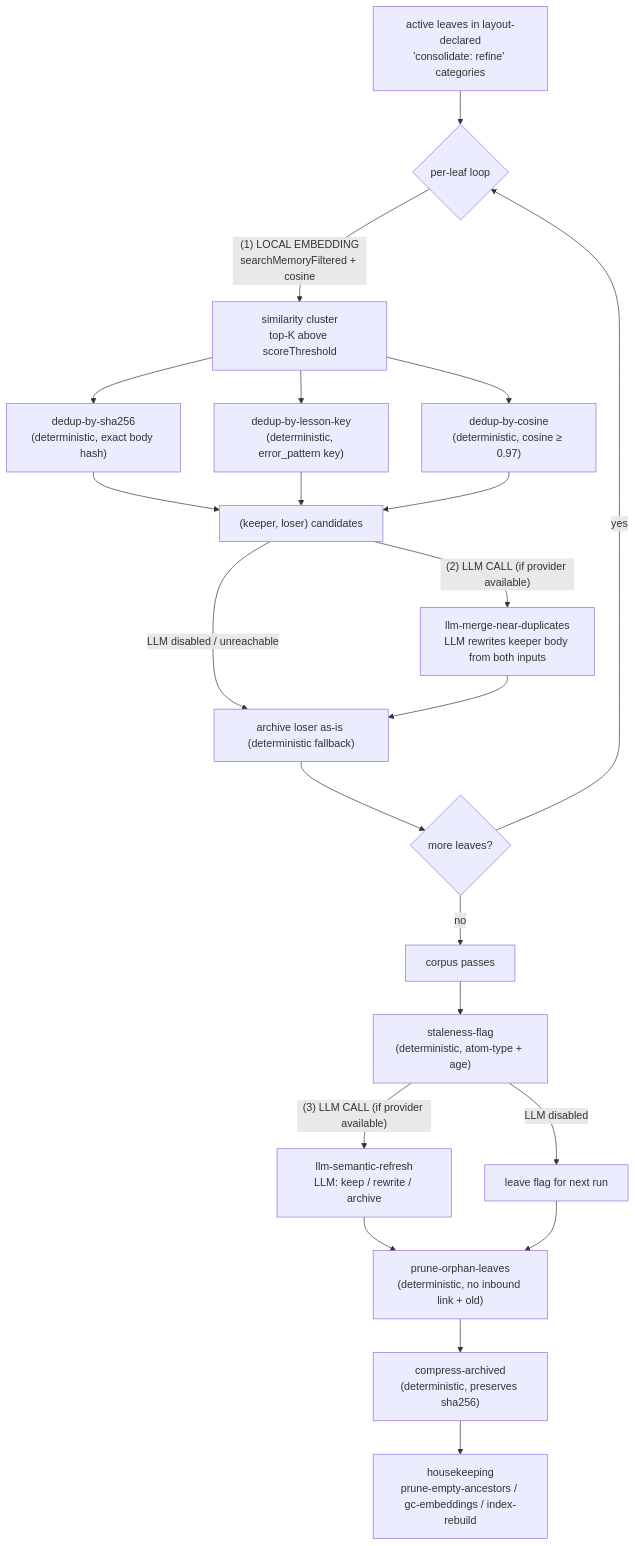
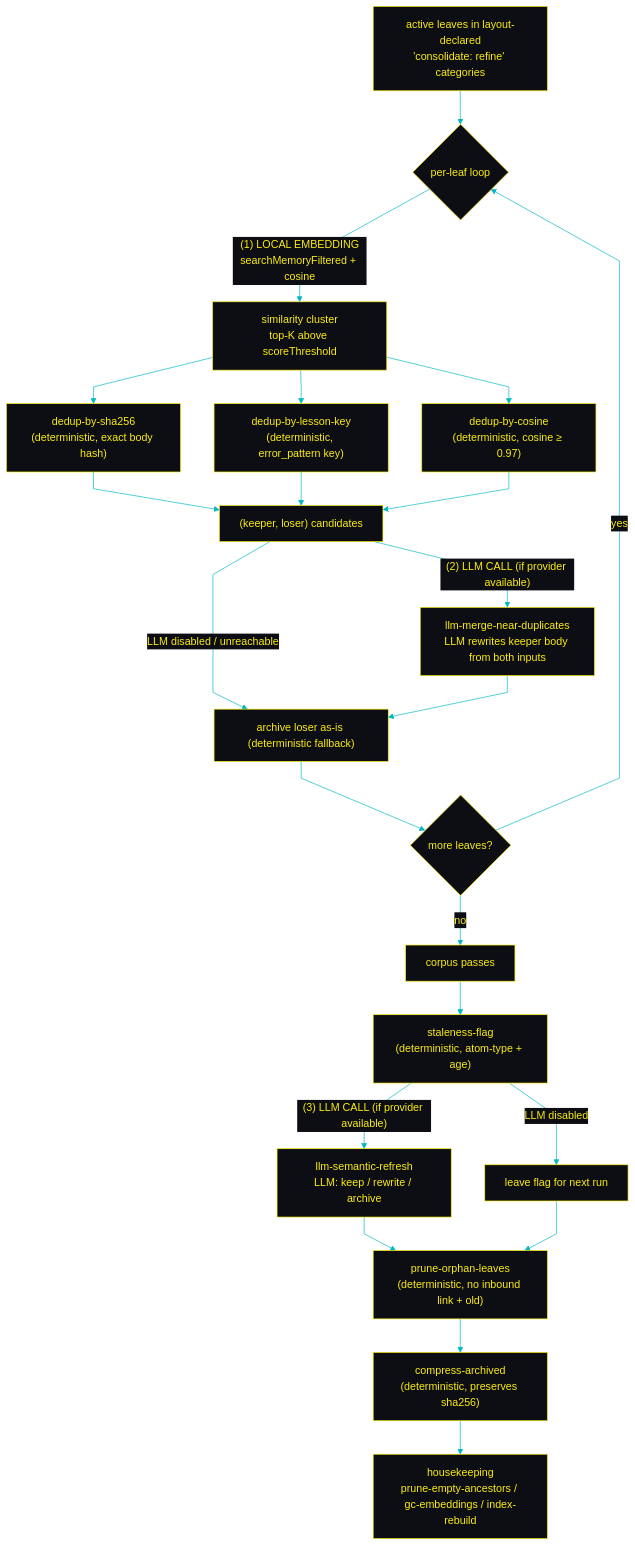
The third of 4 diagrams in README.md (ctxr-dev/llm-wiki-memory), drawn with Mermaid before and after one commit. The commit also changed other lines of this file and 99 other files, not shown here.

````diff
--- a/README.md
+++ b/README.md
@@ -138,31 +226,32 @@
 ```mermaid
+%%{init: {"theme":"base","flowchart":{"curve":"linear"},"themeVariables":{"lineColor":"#00B8C4","primaryColor":"#0D0D14","primaryTextColor":"#FCEE0A","primaryBorderColor":"#FCEE0A","secondaryColor":"#16161E","tertiaryColor":"#16161E","clusterBkg":"#16161E","clusterBorder":"#00B8C4","edgeLabelBackground":"#0D0D14","textColor":"#00B8C4"}}}%%
 flowchart TD
     A["active leaves in layout-declared<br/>'consolidate: refine' categories"]
     A --> B{"per-leaf loop"}
 
     B -- "(1) LOCAL EMBEDDING<br/>searchMemoryFiltered + cosine" --> C["similarity cluster<br/>top-K above scoreThreshold"]
 
     C --> D["dedup-by-sha256<br/>(deterministic, exact body hash)"]
     C --> E["dedup-by-lesson-key<br/>(deterministic, error_pattern key)"]
     C --> F["dedup-by-cosine<br/>(deterministic, cosine ≥ 0.97)"]
     D --> G[" (keeper, loser) candidates "]
     E --> G
     F --> G
 
     G -- "(2) LLM CALL (if provider available)" --> H["llm-merge-near-duplicates<br/>LLM rewrites keeper body from both inputs"]
     G -- "LLM disabled / unreachable" --> I["archive loser as-is (deterministic fallback)"]
     H --> I
 
     I --> J{more leaves?}
     J -- yes --> B
     J -- no --> K["corpus passes"]
 
     K --> L["staleness-flag<br/>(deterministic, atom-type + age)"]
     L -- "(3) LLM CALL (if provider available)" --> M["llm-semantic-refresh<br/>LLM: keep / rewrite / archive"]
     L -- "LLM disabled" --> N["leave flag for next run"]
 
     M --> O["prune-orphan-leaves<br/>(deterministic, no inbound link + old)"]
     N --> O
     O --> P["compress-archived<br/>(deterministic, preserves sha256)"]
     P --> Q["housekeeping<br/>prune-empty-ancestors / gc-embeddings / index-rebuild"]
 ```
````
